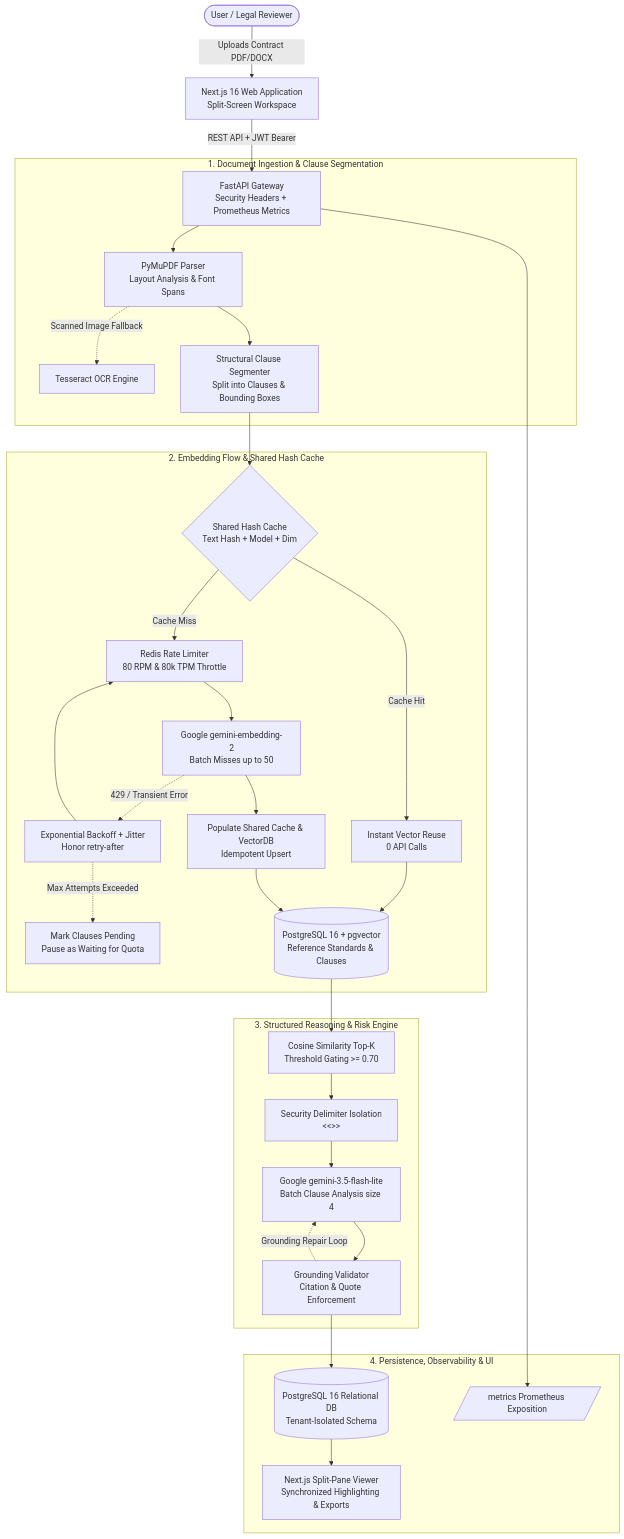
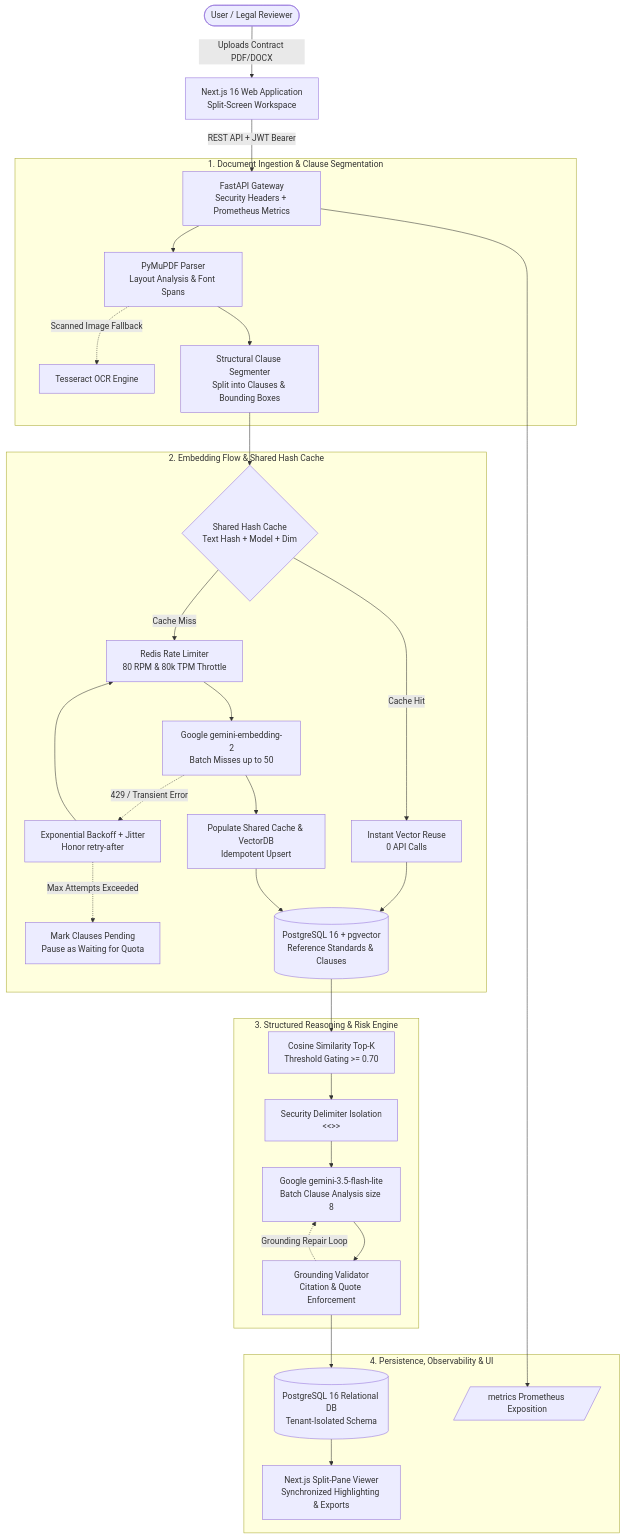
The first of 2 diagrams in README.md (chinmoy31112/Legal-Policy-Document-Simplifier-with-Clause-Level-Risk-Analysis-RAG-), drawn with Mermaid before and after one commit. The commit also changed other lines of this file and 78 other files, not shown here.

````diff
--- a/README.md
+++ b/README.md
@@ -62,38 +72,38 @@
 ```mermaid
 flowchart TD
     User([User / Legal Reviewer]) -->|Uploads Contract PDF/DOCX| WebApp[Next.js 16 Web Application\nSplit-Screen Workspace]
     WebApp -->|REST API + JWT Bearer| FastAPI[FastAPI Gateway\nSecurity Headers + Prometheus Metrics]
     
     subgraph Ingestion ["1. Document Ingestion & Clause Segmentation"]
         FastAPI --> PyMuPDF[PyMuPDF Parser\nLayout Analysis & Font Spans]
         PyMuPDF -.->|Scanned Image Fallback| OCR[Tesseract OCR Engine]
         PyMuPDF --> Segmenter[Structural Clause Segmenter\nSplit into Clauses & Bounding Boxes]
     end
 
     subgraph EmbeddingFlow ["2. Embedding Flow & Shared Hash Cache"]
         Segmenter --> CacheCheck{Shared Hash Cache\nText Hash + Model + Dim}
         CacheCheck -->|Cache Hit| ReuseVec[Instant Vector Reuse\n0 API Calls]
         CacheCheck -->|Cache Miss| Throttle[Redis Rate Limiter\n80 RPM & 80k TPM Throttle]
         Throttle --> EmbedAPI[Google gemini-embedding-2\nBatch Misses up to 50]
         EmbedAPI -.->|429 / Transient Error| BackoffRetry[Exponential Backoff + Jitter\nHonor retry-after]
         BackoffRetry --> Throttle
         BackoffRetry -.->|Max Attempts Exceeded| PendingPause[Mark Clauses Pending\nPause as Waiting for Quota]
         EmbedAPI --> WriteCache[Populate Shared Cache & VectorDB\nIdempotent Upsert]
         ReuseVec --> VectorDB[(PostgreSQL 16 + pgvector\nReference Standards & Clauses)]
         WriteCache --> VectorDB
     end
 
     subgraph Reasoning ["3. Structured Reasoning & Risk Engine"]
         VectorDB --> Retriever[Cosine Similarity Top-K\nThreshold Gating >= 0.70]
         Retriever --> PromptEng[Security Delimiter Isolation\n<<<UNTRUSTED_DOCUMENT_CLAUSE>>>]
-        PromptEng --> Gemini[Google gemini-3.5-flash-lite\nBatch Clause Analysis size 4]
+        PromptEng --> Gemini[Google gemini-3.5-flash-lite\nBatch Clause Analysis size 8]
         Gemini --> Validator[Grounding Validator\nCitation & Quote Enforcement]
         Validator -.->|Grounding Repair Loop| Gemini
     end
 
     subgraph Storage ["4. Persistence, Observability & UI"]
         Validator --> DB[(PostgreSQL 16 Relational DB\nTenant-Isolated Schema)]
         DB --> RealtimeUI[Next.js Split-Pane Viewer\nSynchronized Highlighting & Exports]
         FastAPI --> PromEndpoint[/metrics Prometheus Exposition/]
     end
 ```
````
